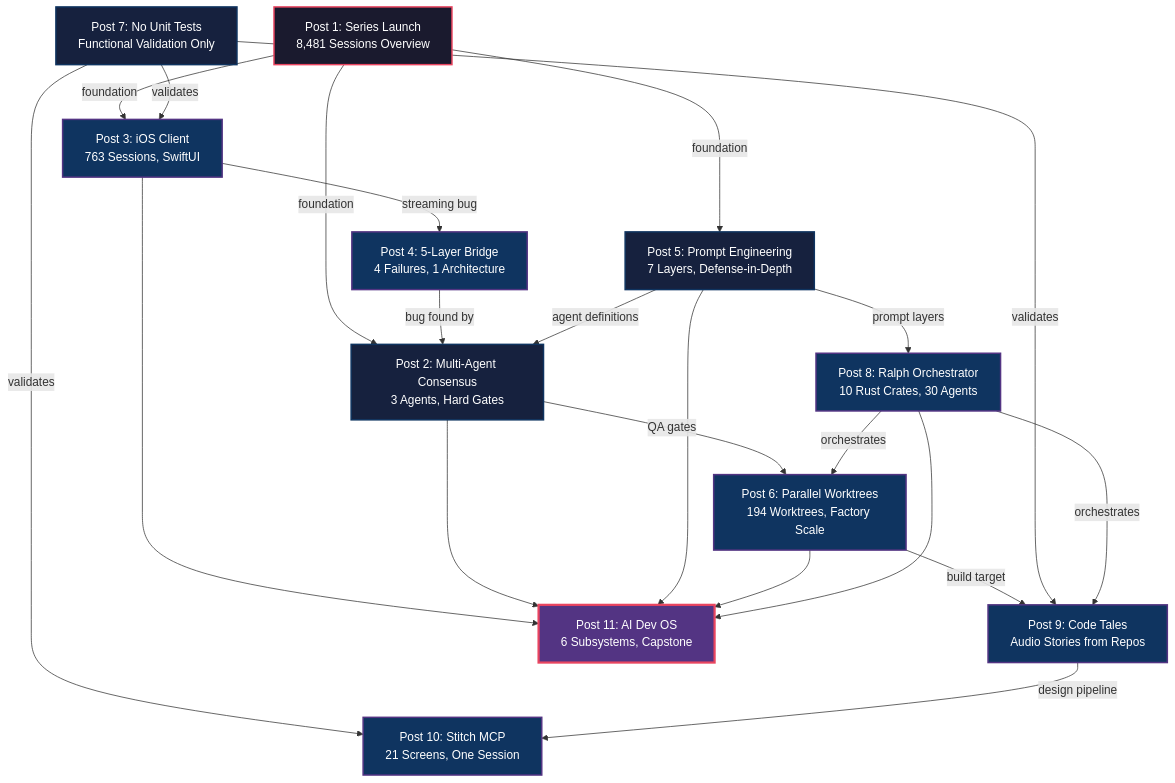
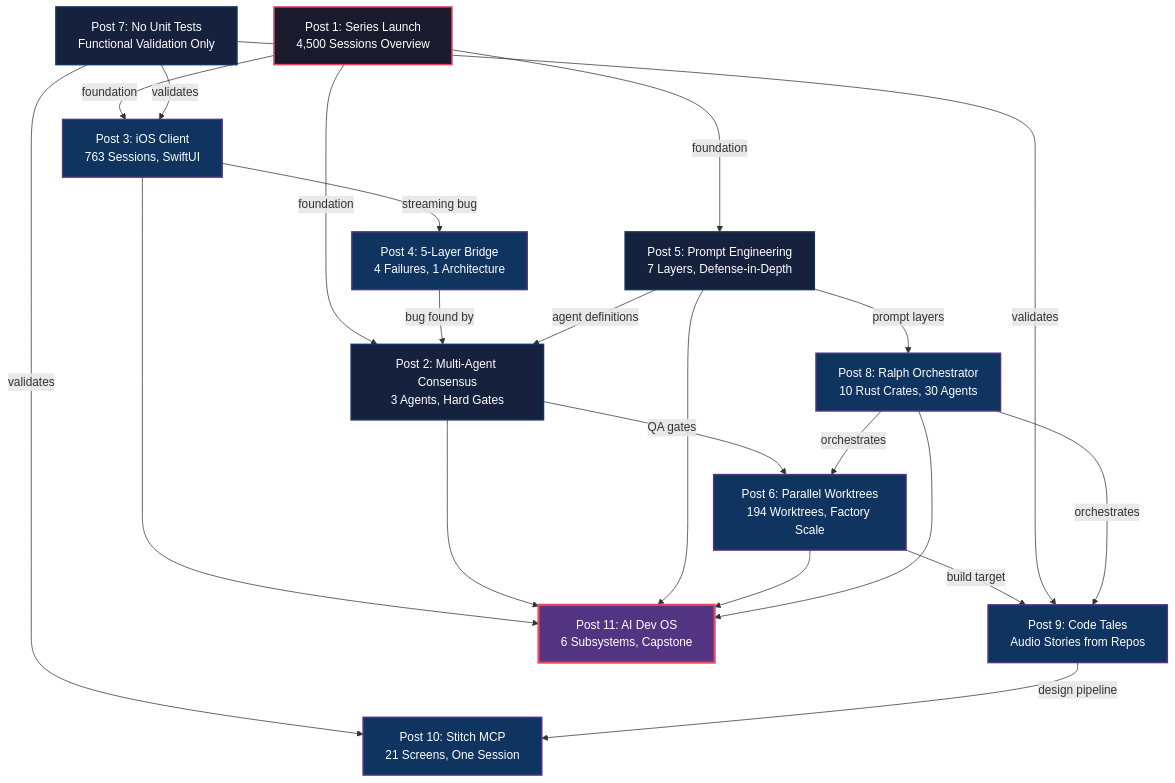
The diagram in posts/post-01-series-launch/assets/post1-series-roadmap.mermaid (krzemienski/withagents), drawn with Mermaid before and after one commit. The commit also changed 362 other files, not shown here.

```diff
--- a/posts/post-01-series-launch/assets/post1-series-roadmap.mermaid
+++ b/posts/post-01-series-launch/assets/post1-series-roadmap.mermaid
@@ -1,51 +1,51 @@
 flowchart TD
-    P1["Post 1: Series Launch\n8,481 Sessions Overview"]
+    P1["Post 1: Series Launch\n4,500 Sessions Overview"]
     P3["Post 3: iOS Client\n763 Sessions, SwiftUI"]
     P4["Post 4: 5-Layer Bridge\n4 Failures, 1 Architecture"]
     P2["Post 2: Multi-Agent Consensus\n3 Agents, Hard Gates"]
     P5["Post 5: Prompt Engineering\n7 Layers, Defense-in-Depth"]
     P6["Post 6: Parallel Worktrees\n194 Worktrees, Factory Scale"]
     P7["Post 7: No Unit Tests\nFunctional Validation Only"]
     P8["Post 8: Ralph Orchestrator\n10 Rust Crates, 30 Agents"]
     P9["Post 9: Code Tales\nAudio Stories from Repos"]
     P10["Post 10: Stitch MCP\n21 Screens, One Session"]
     P11["Post 11: AI Dev OS\n6 Subsystems, Capstone"]
 
     P1 -->|"foundation"| P3
     P1 -->|"foundation"| P2
     P1 -->|"foundation"| P5
 
     P3 -->|"streaming bug"| P4
     P4 -->|"bug found by"| P2
 
     P5 -->|"agent definitions"| P2
     P5 -->|"prompt layers"| P8
 
     P2 -->|"QA gates"| P6
     P6 -->|"build target"| P9
 
     P7 -->|"validates"| P3
     P7 -->|"validates"| P9
     P7 -->|"validates"| P10
 
     P8 -->|"orchestrates"| P6
     P8 -->|"orchestrates"| P9
 
     P9 -->|"design pipeline"| P10
 
     P3 --> P11
     P2 --> P11
     P5 --> P11
     P6 --> P11
     P8 --> P11
 
     classDef core fill:#1a1a2e,stroke:#e94560,color:#fff,stroke-width:2px
     classDef infra fill:#16213e,stroke:#0f3460,color:#fff,stroke-width:2px
     classDef product fill:#0f3460,stroke:#533483,color:#fff,stroke-width:2px
     classDef capstone fill:#533483,stroke:#e94560,color:#fff,stroke-width:3px
 
     class P1 core
     class P2,P5,P7 infra
     class P3,P4,P6,P8 product
     class P9,P10 product
     class P11 capstone
```
